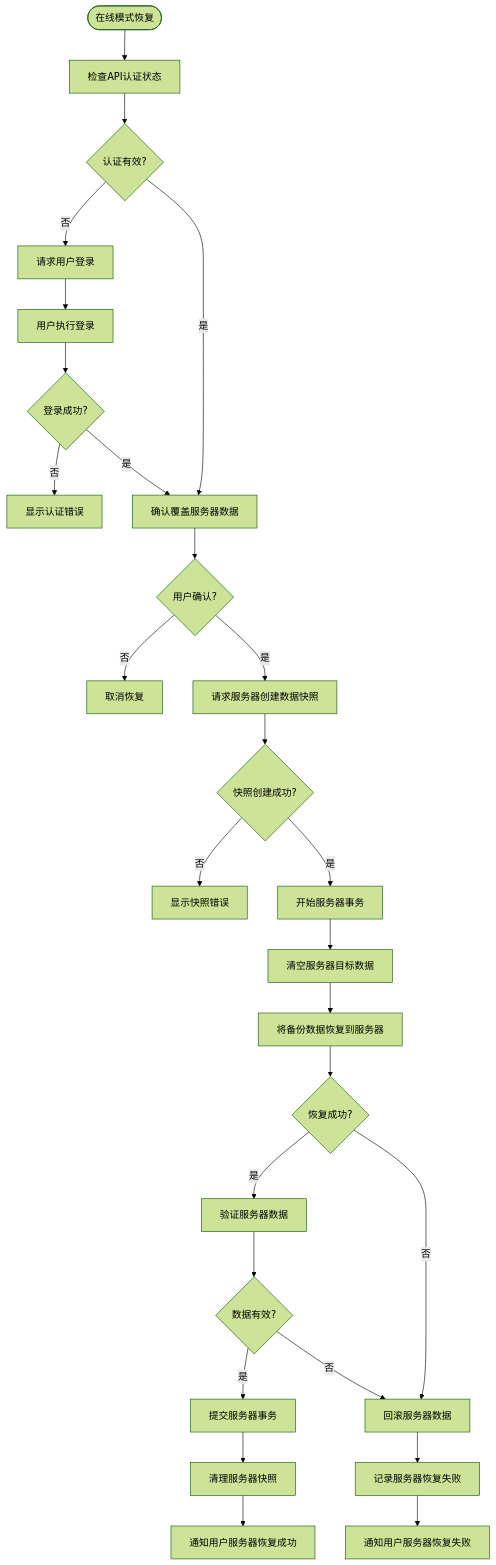
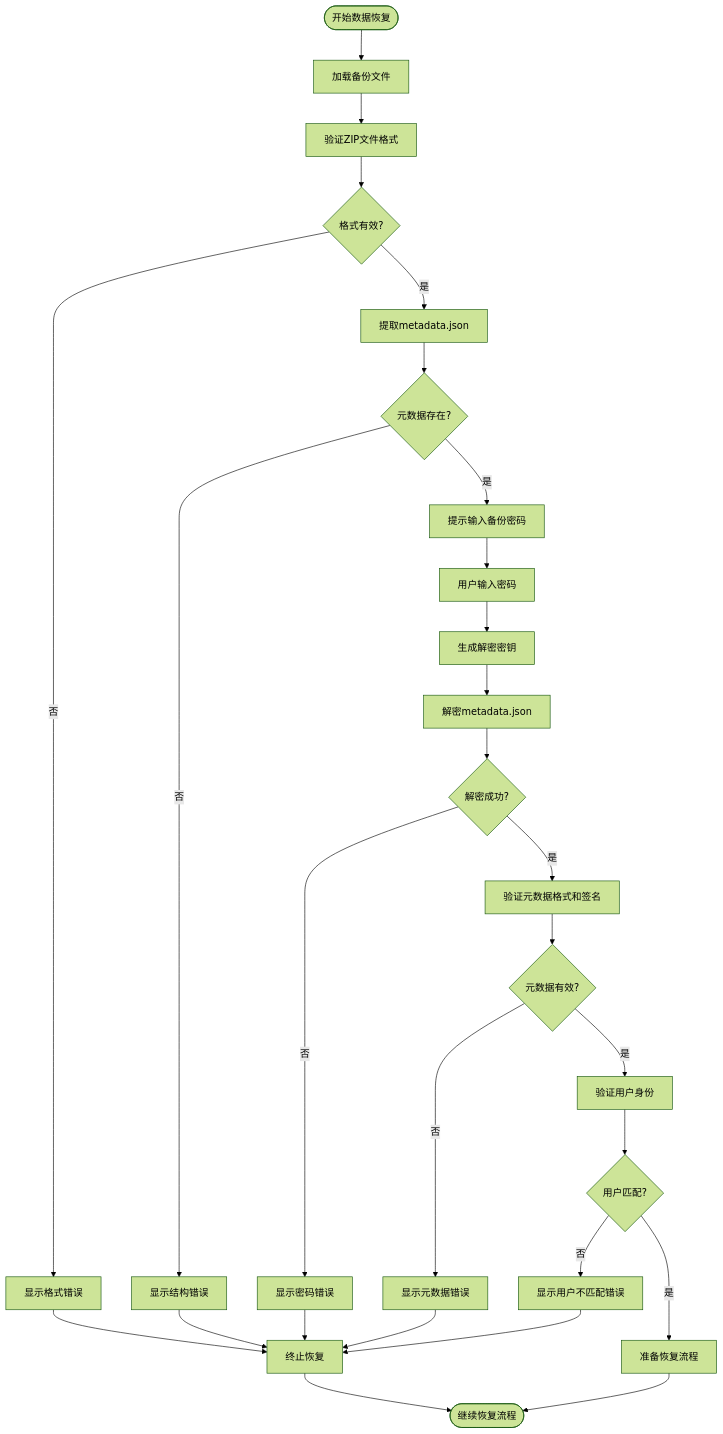
One commit to yingjianzh/iodraw-files changed the diagram in all/未命名-52.md. Above: the diagram before and after it, drawn with Mermaid (forest theme).

Commit message:
2025-05-09 17:19:54 update

````diff
--- a/all/未命名-52.md
+++ b/all/未命名-52.md
@@ -1,38 +1,39 @@
 ```mermaid
 flowchart TD
-    Start([在线模式恢复]) --> CheckAuth[检查API认证状态]
-    CheckAuth --> AuthValid{认证有效?}
+    Start([开始数据恢复]) --> LoadBackupFile[加载备份文件]
+    LoadBackupFile --> ValidateZipFormat[验证ZIP文件格式]
     
-    AuthValid -->|否| RequestLogin[请求用户登录]
-    AuthValid -->|是| ConfirmServerOverwrite[确认覆盖服务器数据]
+    ValidateZipFormat --> FormatValid{格式有效?}
+    FormatValid -->|否| ShowFormatError[显示格式错误]
+    FormatValid -->|是| ExtractMetadata[提取metadata.json]
     
-    RequestLogin --> UserLogin[用户执行登录]
-    UserLogin --> LoginSuccess{登录成功?}
-    LoginSuccess -->|否| ShowAuthError[显示认证错误]
-    LoginSuccess -->|是| ConfirmServerOverwrite
+    ExtractMetadata --> MetadataExists{元数据存在?}
+    MetadataExists -->|否| ShowStructureError[显示结构错误]
+    MetadataExists -->|是| PromptPassword[提示输入备份密码]
     
-    ConfirmServerOverwrite --> UserConfirm{用户确认?}
-    UserConfirm -->|否| CancelRestore[取消恢复]
-    UserConfirm -->|是| RequestServerSnapshot[请求服务器创建数据快照]
+    PromptPassword --> UserInputsPassword[用户输入密码]
+    UserInputsPassword --> GenerateDecryptionKey[生成解密密钥]
+    GenerateDecryptionKey --> DecryptMetadata[解密metadata.json]
     
-    RequestServerSnapshot --> SnapshotCreated{快照创建成功?}
-    SnapshotCreated -->|否| ShowSnapshotError[显示快照错误]
-    SnapshotCreated -->|是| BeginServerTransaction[开始服务器事务]
+    DecryptMetadata --> DecryptSuccess{解密成功?}
+    DecryptSuccess -->|否| ShowPasswordError[显示密码错误]
+    DecryptSuccess -->|是| ValidateMetadata[验证元数据格式和签名]
     
-    BeginServerTransaction --> ClearServerData[清空服务器目标数据]
-    ClearServerData --> RestoreToServer[将备份数据恢复到服务器]
+    ValidateMetadata --> MetadataValid{元数据有效?}
+    MetadataValid -->|否| ShowMetadataError[显示元数据错误]
+    MetadataValid -->|是| VerifyUserIdentity[验证用户身份]
     
-    RestoreToServer --> ServerRestoreSuccess{恢复成功?}
-    ServerRestoreSuccess -->|是| VerifyServerData[验证服务器数据]
-    ServerRestoreSuccess -->|否| RollbackServer[回滚服务器数据]
+    VerifyUserIdentity --> UserIdentityValid{用户匹配?}
+    UserIdentityValid -->|否| ShowUserError[显示用户不匹配错误]
+    UserIdentityValid -->|是| PrepareRestoreProcess[准备恢复流程]
     
-    VerifyServerData --> ServerDataValid{数据有效?}
-    ServerDataValid -->|是| CommitServerChanges[提交服务器事务]
-    ServerDataValid -->|否| RollbackServer
+    PrepareRestoreProcess --> End([继续恢复流程])
     
-    CommitServerChanges --> CleanupServerSnapshot[清理服务器快照]
-    RollbackServer --> LogServerFailure[记录服务器恢复失败]
+    ShowFormatError --> AbortRestore[终止恢复]
+    ShowStructureError --> AbortRestore
+    ShowPasswordError --> AbortRestore
+    ShowMetadataError --> AbortRestore
+    ShowUserError --> AbortRestore
     
-    CleanupServerSnapshot --> NotifyServerSuccess[通知用户服务器恢复成功]
-    LogServerFailure --> NotifyServerFailure[通知用户服务器恢复失败]
+    AbortRestore --> End
 ```
````
